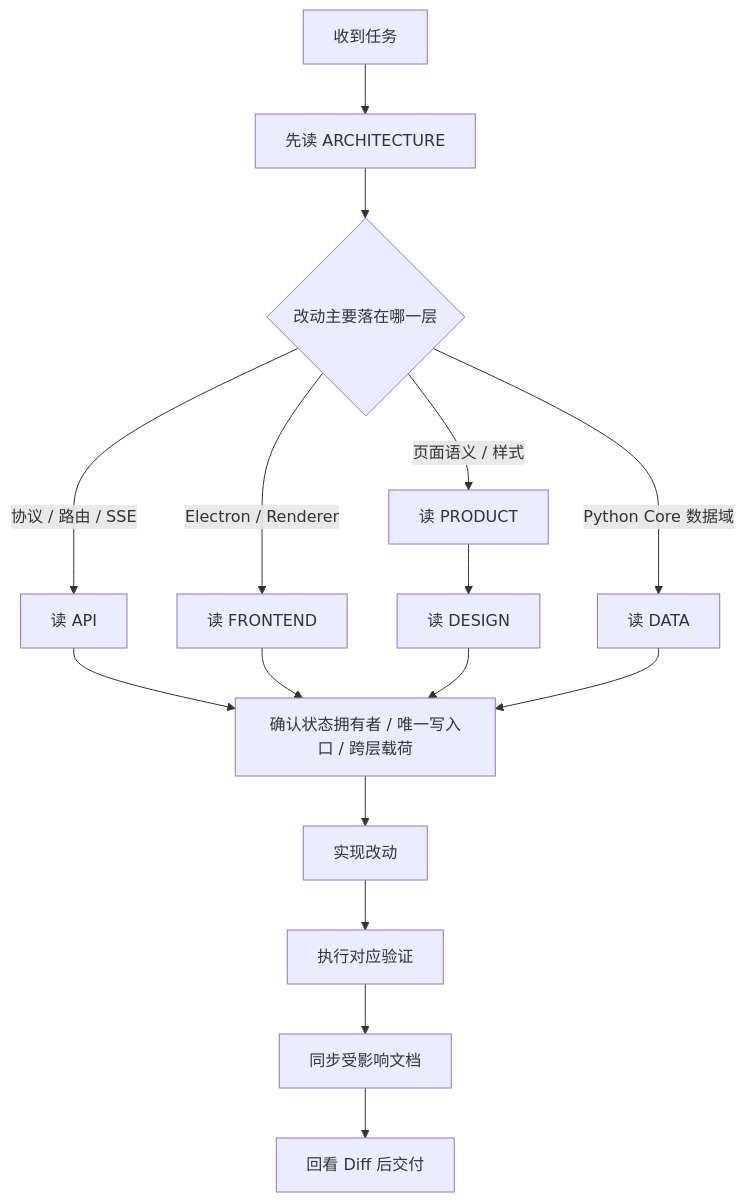
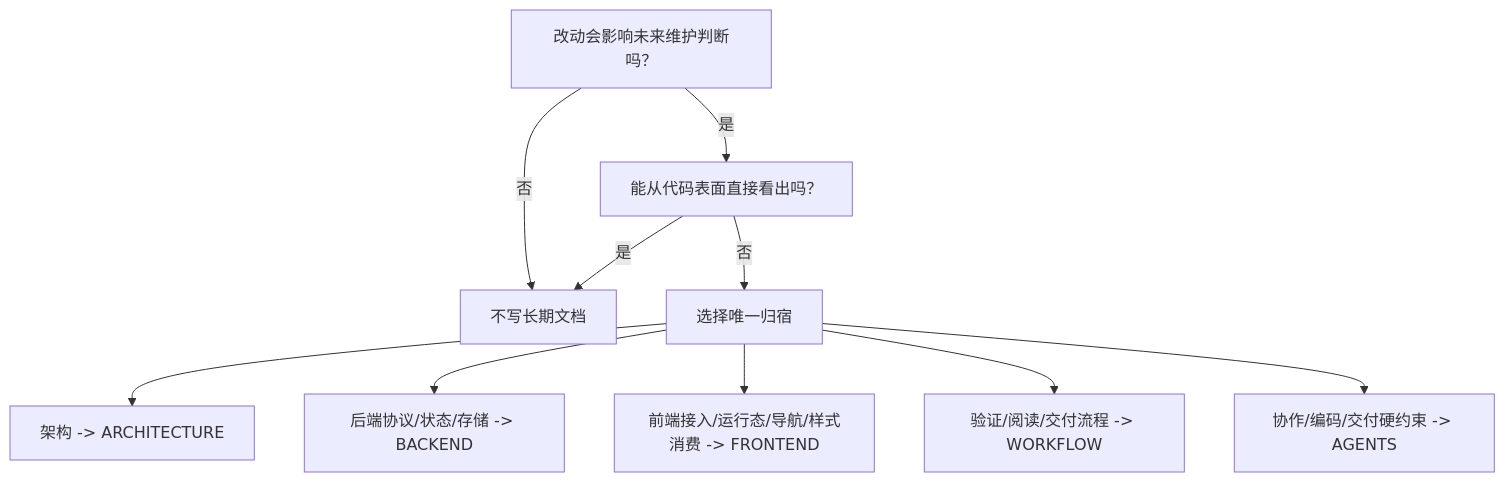
Before and after one commit to neavo/LinguaGacha: the diagram in docs/WORKFLOW.md, drawn with Mermaid. The commit also changed other lines of this file and 1301 other files, not shown here.

````diff
--- a/docs/WORKFLOW.md
+++ b/docs/WORKFLOW.md
@@ -5,18 +42,12 @@
 ```mermaid
 flowchart TD
-    A["收到任务"] --> B["先读 ARCHITECTURE"]
-    B --> C{"改动主要落在哪一层"}
-    C -->|协议 / 路由 / SSE| D["读 API"]
-    C -->|Electron / Renderer| E["读 FRONTEND"]
-    C -->|页面语义 / 样式| F["读 PRODUCT"]
-    F --> F0["读 DESIGN"]
-    C -->|Python Core 数据域| G["读 DATA"]
-    D --> H["确认状态拥有者 / 唯一写入口 / 跨层载荷"]
-    E --> H
-    F0 --> H
-    G --> H
-    H --> I["实现改动"]
-    I --> J["执行对应验证"]
-    J --> K["同步受影响文档"]
-    K --> L["回看 Diff 后交付"]
+  A["改动会影响未来维护判断吗？"] -->|否| B["不写长期文档"]
+  A -->|是| C["能从代码表面直接看出吗？"]
+  C -->|是| B
+  C -->|否| D["选择唯一归宿"]
+  D --> E["架构 -> ARCHITECTURE"]
+  D --> F["后端协议/状态/存储 -> BACKEND"]
+  D --> G["前端接入/运行态/导航/样式消费 -> FRONTEND"]
+  D --> H["验证/阅读/交付流程 -> WORKFLOW"]
+  D --> I["协作/编码/交付硬约束 -> AGENTS"]
 ```
````
